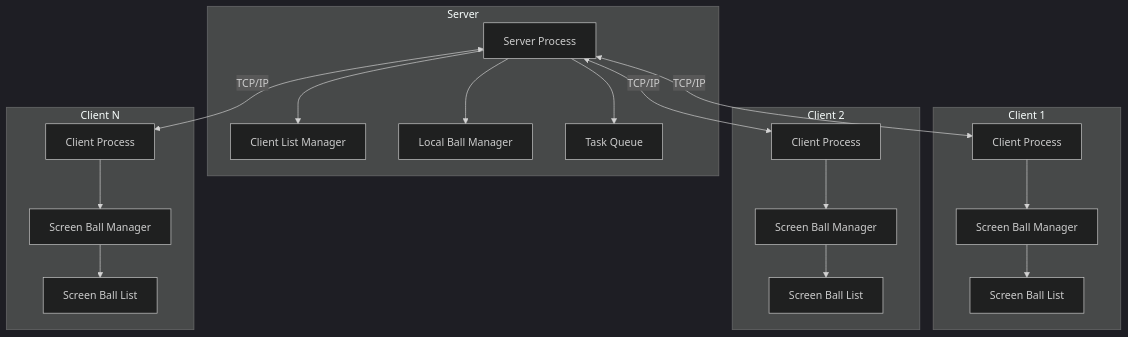
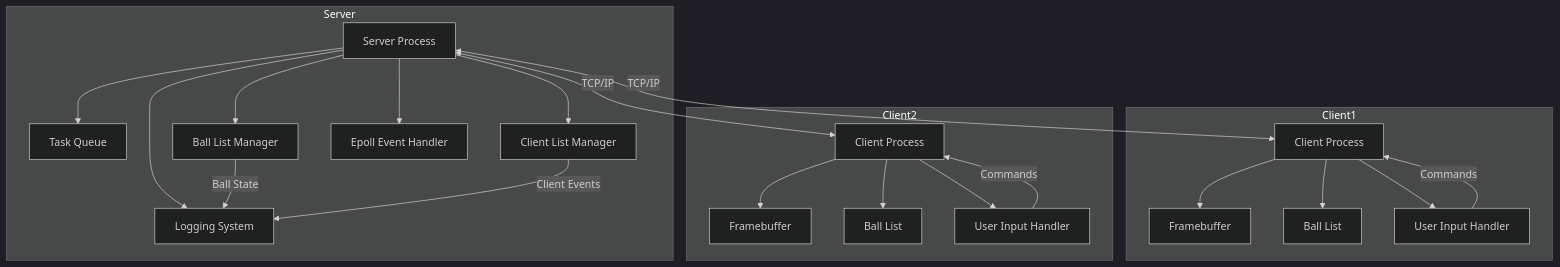
The first of 5 diagrams in README.md (Baby-Blowfish/owner_based_ball_game), drawn with Mermaid (dark theme) before and after one commit. The commit also changed other lines of this file and 100 other files, not shown here.

````diff
--- a/README.md
+++ b/README.md
@@ -52,40 +45,45 @@
 ```mermaid
-graph TD
-    subgraph "Server"
+graph TB
+    subgraph Server
         S[Server Process]
+        TQ[Task Queue]
+        BLM[Ball List Manager]
         CLM[Client List Manager]
-        LBM[Local Ball Manager]
-        TQ[Task Queue]
+        EP[Epoll Event Handler]
+        LOG[Logging System]
+
+        S --> TQ
+        S --> BLM
         S --> CLM
-        S --> LBM
-        S --> TQ
+        S --> EP
+        S --> LOG
+
+        BLM -->|Ball State| LOG
+        CLM -->|Client Events| LOG
     end
 
-    subgraph "Client 1"
+    subgraph Client1
         C1[Client Process]
-        SBM1[Screen Ball Manager]
-        SBL1[Screen Ball List]
-        C1 --> SBM1
-        SBM1 --> SBL1
+        FB1[Framebuffer]
+        BL1[Ball List]
+        UI1[User Input Handler]
+        C1 --> FB1
+        C1 --> BL1
+        C1 --> UI1
+        UI1 -->|Commands| C1
     end
 
-    subgraph "Client 2"
+    subgraph Client2
         C2[Client Process]
-        SBM2[Screen Ball Manager]
-        SBL2[Screen Ball List]
-        C2 --> SBM2
-        SBM2 --> SBL2
-    end
-
-    subgraph "Client N"
-        CN[Client Process]
-        SBMN[Screen Ball Manager]
-        SBLN[Screen Ball List]
-        CN --> SBMN
-        SBMN --> SBLN
+        FB2[Framebuffer]
+        BL2[Ball List]
+        UI2[User Input Handler]
+        C2 --> FB2
+        C2 --> BL2
+        C2 --> UI2
+        UI2 -->|Commands| C2
     end
 
     S <-->|TCP/IP| C1
     S <-->|TCP/IP| C2
-    S <-->|TCP/IP| CN
 ```
````
